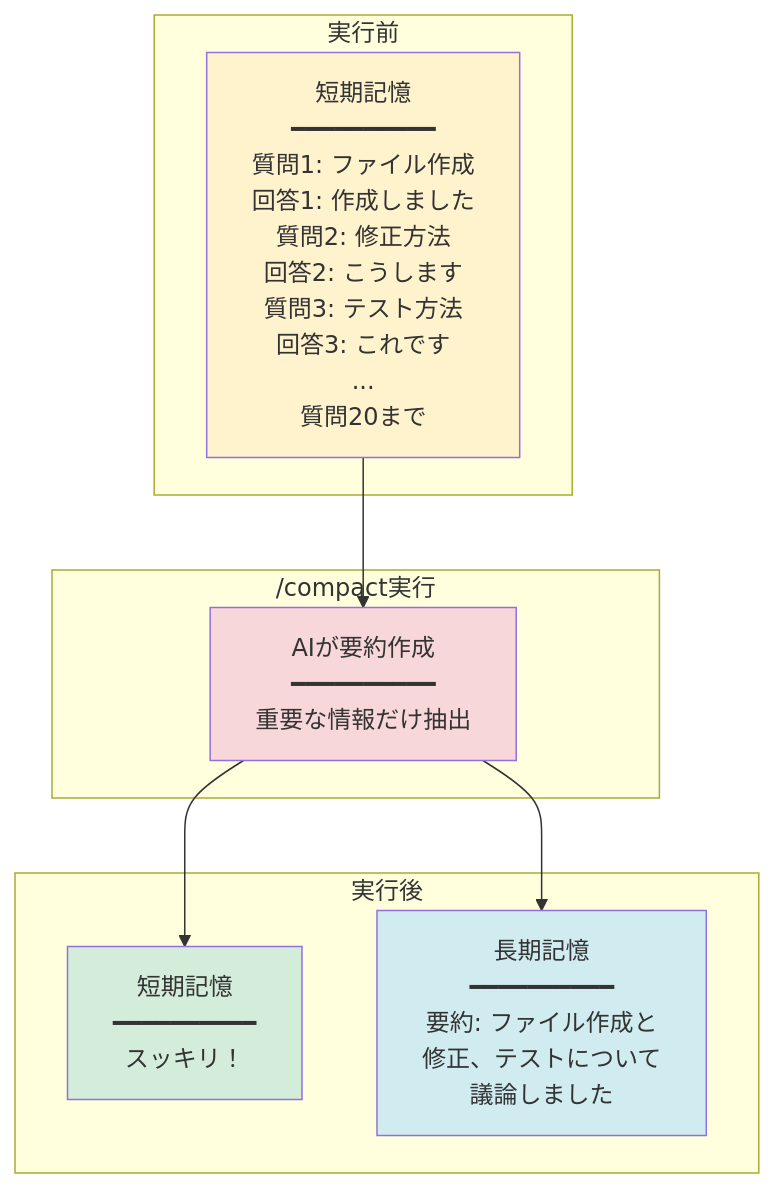
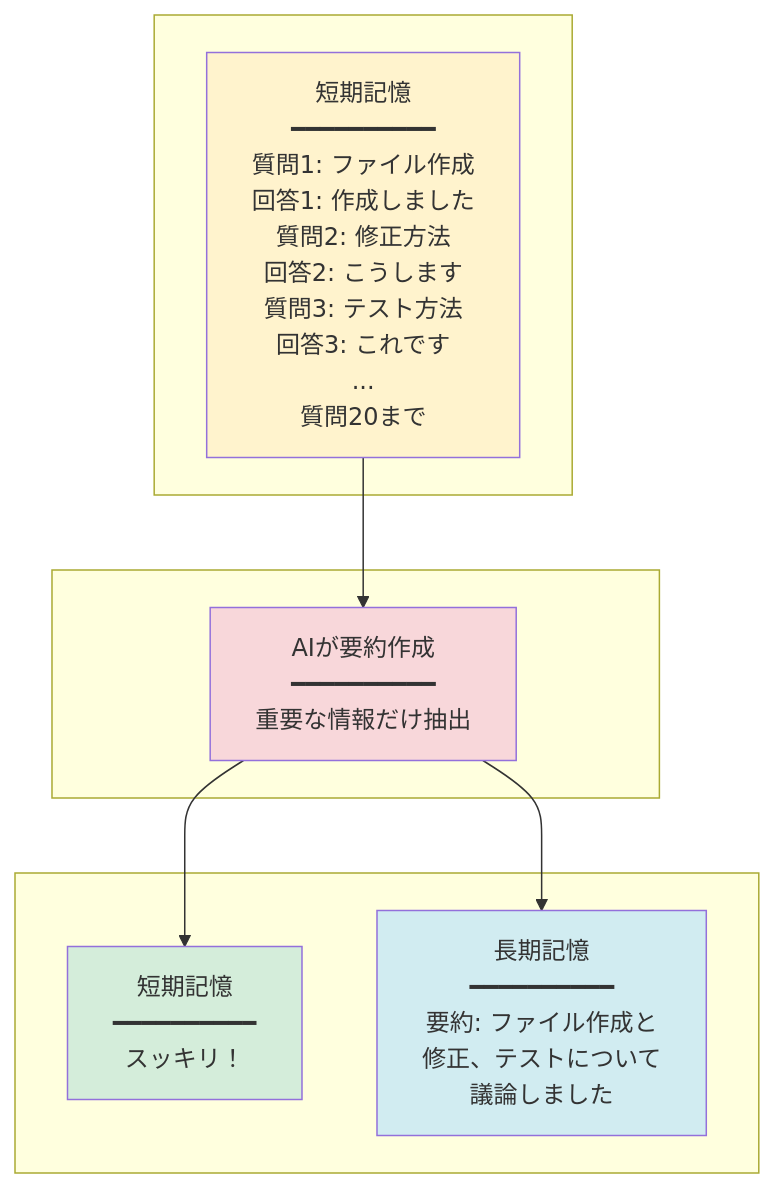
Before and after one commit to kamogashira-sys/q-cli-docs: the fifth of 6 diagrams in docs/01_for-users/08_guides/09_memory-management.md, drawn with Mermaid. The commit also changed other lines of this file, not shown here.

First line of the commit message:
fix: correct Mermaid diagram syntax in memory management guide

````diff
--- a/docs/01_for-users/08_guides/09_memory-management.md
+++ b/docs/01_for-users/08_guides/09_memory-management.md
@@ -232,24 +232,24 @@
 ```mermaid
 graph TB
-    subgraph "実行前"
+    subgraph before[" "]
         Before[短期記憶<br/>━━━━━━━━━━<br/>質問1: ファイル作成<br/>回答1: 作成しました<br/>質問2: 修正方法<br/>回答2: こうします<br/>質問3: テスト方法<br/>回答3: これです<br/>...<br/>質問20まで]
     end
     
-    subgraph "/compact実行"
+    subgraph compact[" "]
         Compact[AIが要約作成<br/>━━━━━━━━━━<br/>重要な情報だけ抽出]
     end
     
-    subgraph "実行後"
+    subgraph after[" "]
         After[短期記憶<br/>━━━━━━━━━━<br/>スッキリ！]
         Summary[長期記憶<br/>━━━━━━━━━━<br/>要約: ファイル作成と<br/>修正、テストについて<br/>議論しました]
     end
     
     Before --> Compact
     Compact --> After
     Compact --> Summary
     
     style Before fill:#fff3cd
     style Compact fill:#f8d7da
     style After fill:#d4edda
     style Summary fill:#d1ecf1
 ```
````
